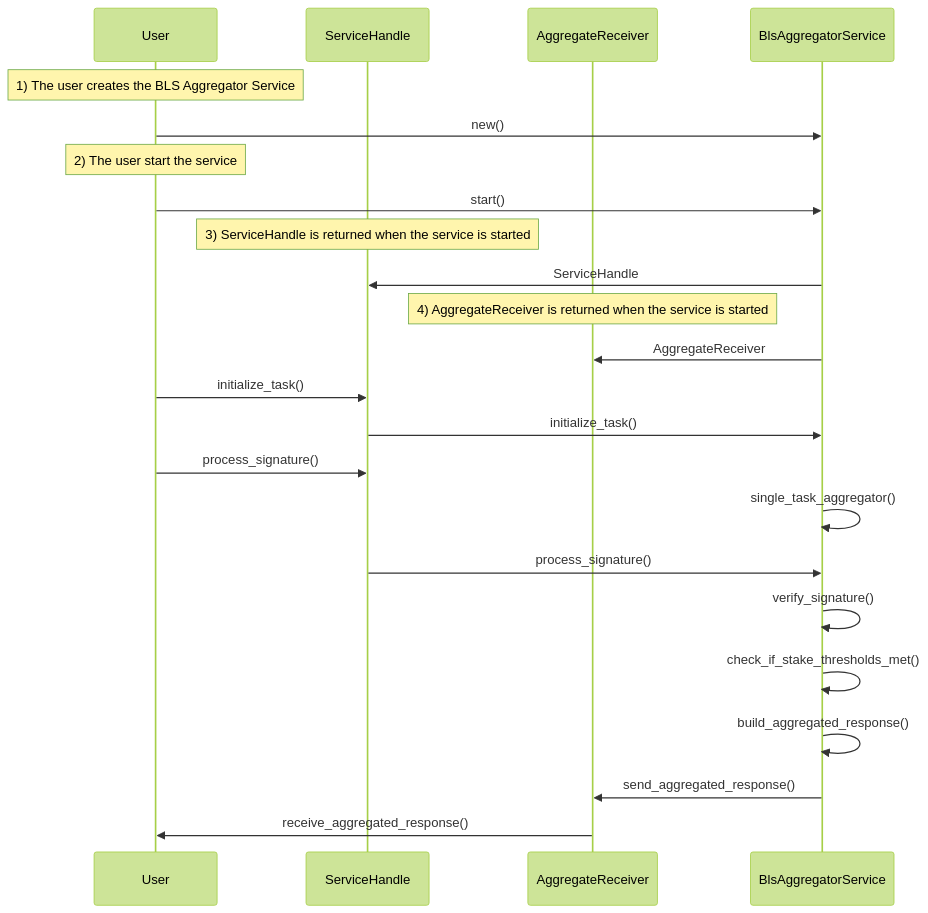
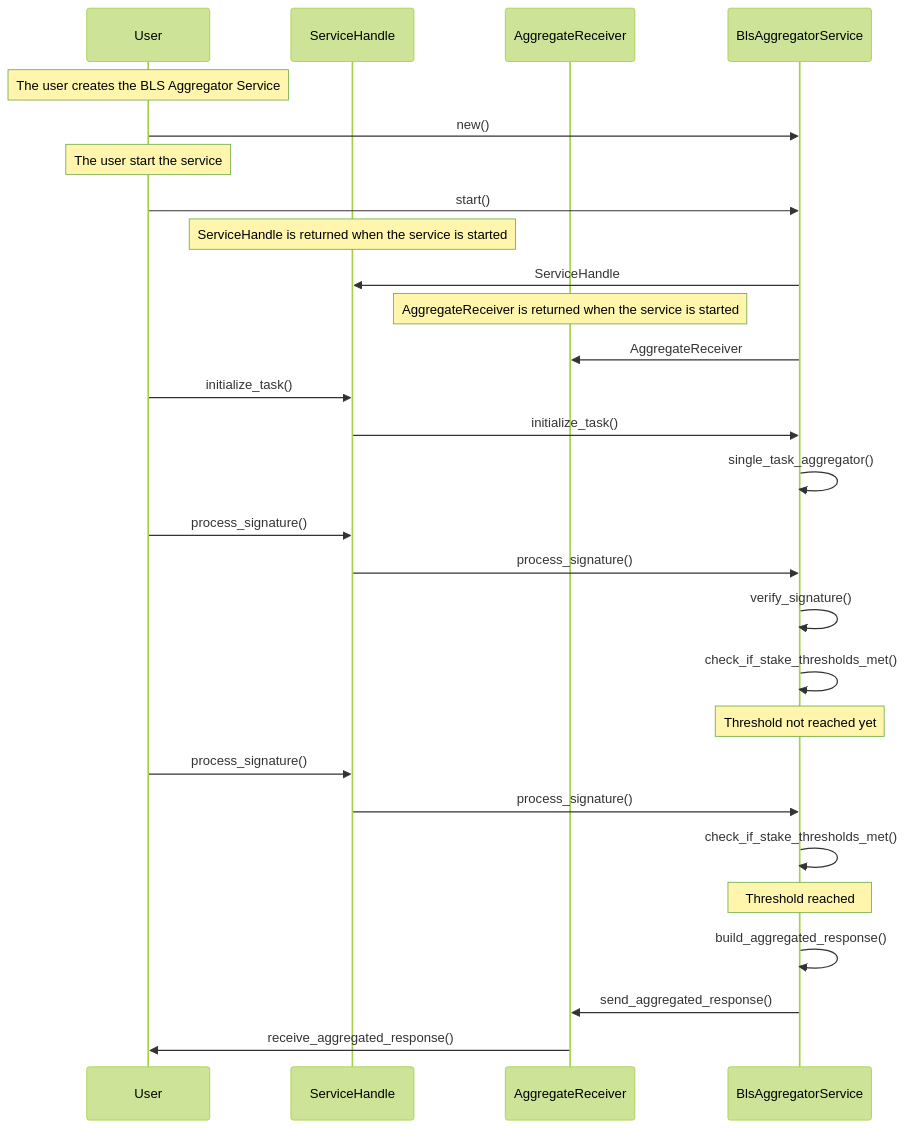
One commit to Layr-Labs/eigensdk-rs changed the diagram in crates/services/bls_aggregation/README.md. Above: the diagram before and after it, drawn with Mermaid (forest theme). The commit also changed other lines of this file, not shown here.

````diff
--- a/crates/services/bls_aggregation/README.md
+++ b/crates/services/bls_aggregation/README.md
@@ -79,38 +145,46 @@
 ```mermaid
 sequenceDiagram
     participant U as User
     participant SH as ServiceHandle
     participant AR as AggregateReceiver
     participant BLS as BlsAggregatorService
 
-    note over U: 1) The user creates the BLS Aggregator Service
+    note over U: The user creates the BLS Aggregator Service
     U->>BLS: new()
-    note over U: 2) The user start the service
+    note over U: The user start the service
     U->>BLS: start()
 
-    note over SH: 3) ServiceHandle is returned when the service is started
+    note over SH: ServiceHandle is returned when the service is started
     BLS->>SH: ServiceHandle 
 
-    note over AR: 4) AggregateReceiver is returned when the service is started
+    note over AR: AggregateReceiver is returned when the service is started
     BLS->>AR: AggregateReceiver 
 
     U->>SH: initialize_task() # REVIEW
 
     SH->>BLS: initialize_task()
+
+    BLS->>BLS: single_task_aggregator()
     
     U->>SH: process_signature() # REVIEW
-
-    BLS->>BLS: single_task_aggregator()
 
     SH->>BLS: process_signature()
 
     BLS->>BLS: verify_signature()
 
     BLS->>BLS: check_if_stake_thresholds_met()
+    note over BLS: Threshold not reached yet
 
+    U->>SH: process_signature() # REVIEW
+
+    SH->>BLS: process_signature()
+
+    BLS->>BLS: check_if_stake_thresholds_met()
+    note over BLS: Threshold reached
+    
     BLS->>BLS: build_aggregated_response()
 
     BLS->>AR: send_aggregated_response()
 
     AR->>U: receive_aggregated_response()
 ```
````
